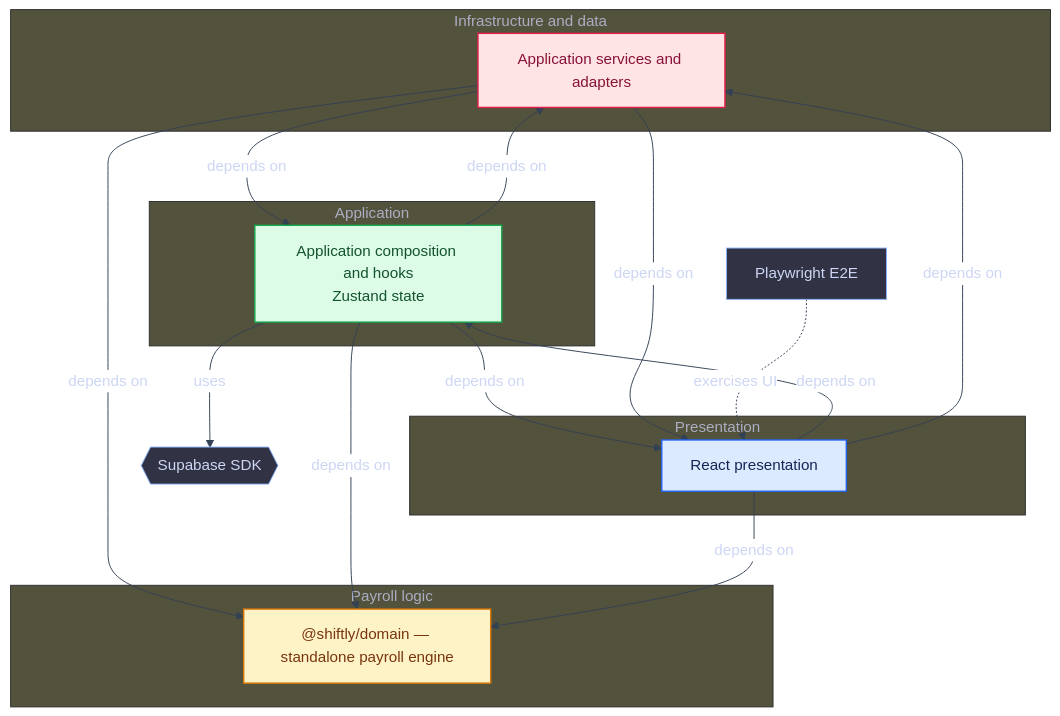
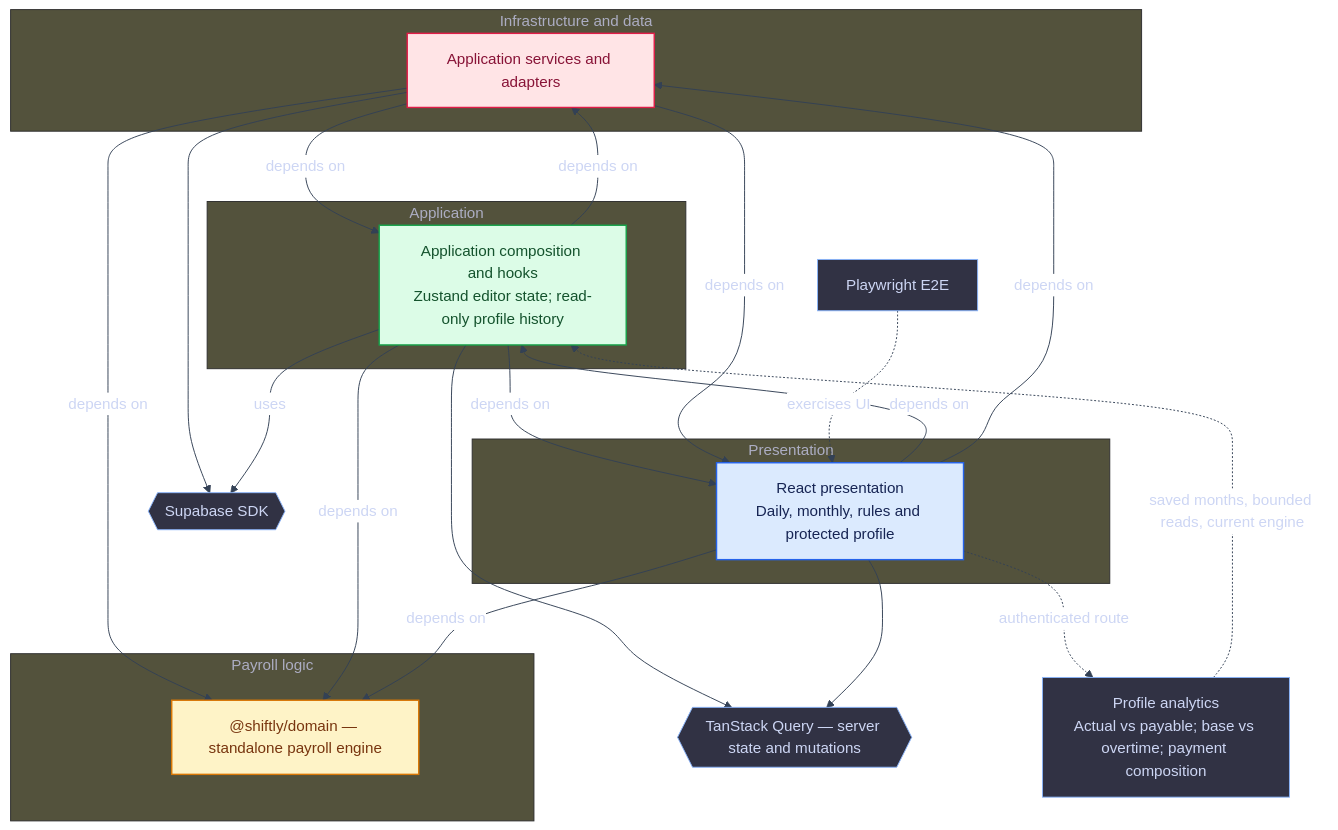
Before and after one commit to dmaman86/shiftly: the diagram in docs/architecture/generated/overview.mmd, drawn with Mermaid. The commit also changed 10 other files, not shown here.

Commit message:
docs: update architecture and bilingual validation evidence

```diff
--- a/docs/architecture/generated/overview.mmd
+++ b/docs/architecture/generated/overview.mmd
@@ -1,52 +1,61 @@
 ---
 config:
   theme: base
   themeVariables:
     background: "#1e1e2e"
     primaryColor: "#313244"
     primaryTextColor: "#cdd6f4"
     primaryBorderColor: "#89b4fa"
     lineColor: "#334155"
     edgeLabelBackground: "#ffffff"
 ---
-%% Source: main (HEAD). Layers are derived from modules present at this commit. Commit: 2f6d26699aa360b6758154d1ebc0bb23d53807fe.
-%% Arrows aggregate source dependencies, including type imports.
+%% Source: working tree, 2026-10-04. Base commit: c1832fe463538407b0906ec7e62c2f0d7542bcd6.
+%% Selected layer dependencies, including type imports; not a strict layered architecture.
+%% Solid arrows point from consumers to dependencies; dashed arrows show runtime behavior.
 flowchart TD
   subgraph group_data["Infrastructure and data"]
     layer_data["Application services and adapters"]
   end
   subgraph group_ui["Presentation"]
-    layer_ui["React presentation"]
+    layer_ui["React presentation<br/>Daily, monthly, rules and protected profile"]
   end
   subgraph group_app["Application"]
-    layer_app["Application composition and hooks<br/>Zustand state"]
+    layer_app["Application composition and hooks<br/>Zustand editor state; read-only profile history"]
   end
   subgraph group_domain["Payroll logic"]
     layer_domain["@shiftly/domain — standalone payroll engine"]
   end
   layer_data -->|"depends on"| layer_domain
   layer_data -->|"depends on"| layer_app
   layer_ui -->|"depends on"| layer_app
   layer_ui -->|"depends on"| layer_data
   layer_app -->|"depends on"| layer_domain
   layer_app -->|"depends on"| layer_ui
   layer_app -->|"depends on"| layer_data
   layer_ui -->|"depends on"| layer_domain
   layer_data -->|"depends on"| layer_ui
   external_supabase{{"Supabase SDK"}}
+  external_query{{"TanStack Query — server state and mutations"}}
+  layer_app --> external_query
+  layer_ui --> external_query
+  layer_data --> external_supabase
   layer_app -->|"uses"| external_supabase
+  profile["Profile analytics<br/>Actual vs payable; base vs overtime; payment composition"]
+  layer_ui -.->|"authenticated route"| profile
+  profile -.->|"saved months, bounded reads, current engine"| layer_app
+  click profile "https://github.com/dmaman86/shiftly/blob/main/apps/web/src/pages/ProfilePage.tsx"
   e2e["Playwright E2E"]
   e2e -.->|"exercises UI"| layer_ui
   click e2e "https://github.com/dmaman86/shiftly/blob/main/playwright.config.ts"
   click layer_data "https://github.com/dmaman86/shiftly/blob/main/apps/web/src/services/supabase/supabase.client.ts"
   classDef toneRose fill:#ffe4e6,stroke:#e11d48,stroke-width:1.5px,color:#881337
   class layer_data toneRose
   click layer_ui "https://github.com/dmaman86/shiftly/blob/main/apps/web/src/app/App.tsx"
   classDef toneBlue fill:#dbeafe,stroke:#2563eb,stroke-width:1.5px,color:#172554
   class layer_ui toneBlue
   click layer_app "https://github.com/dmaman86/shiftly/blob/main/apps/web/src/store/globalStore.ts"
   classDef toneMint fill:#dcfce7,stroke:#16a34a,stroke-width:1.5px,color:#14532d
   class layer_app toneMint
   click layer_domain "https://github.com/dmaman86/shiftly/blob/main/packages/domain/src/composition.ts"
   classDef toneAmber fill:#fef3c7,stroke:#d97706,stroke-width:1.5px,color:#78350f
   class layer_domain toneAmber
```
